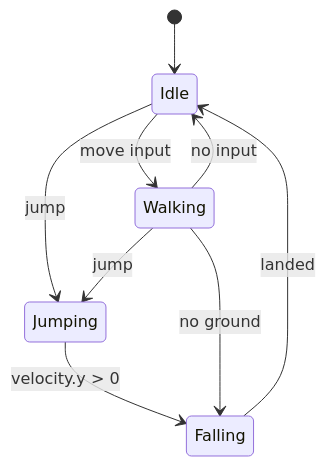
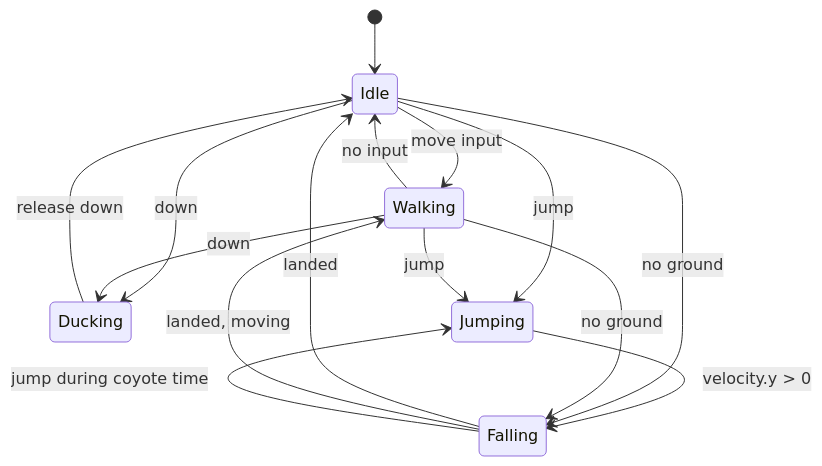
Before and after one commit to Metamate/gar: the second of 2 diagrams in src/content/docs/sessions/05-super-mario-bros.md, drawn with Mermaid. The commit also changed other lines of this file and 2 other files, not shown here.

````diff
--- a/src/content/docs/sessions/05-super-mario-bros.md
+++ b/src/content/docs/sessions/05-super-mario-bros.md
@@ -113,11 +209,17 @@
 ```mermaid
 stateDiagram-v2
     [*] --> Idle
     Idle --> Walking : move input
     Walking --> Idle : no input
+    Idle --> Ducking : down
+    Walking --> Ducking : down
+    Ducking --> Idle : release down
     Idle --> Jumping : jump
     Walking --> Jumping : jump
     Jumping --> Falling : velocity.y > 0
+    Idle --> Falling : no ground
     Walking --> Falling : no ground
     Falling --> Idle : landed
+    Falling --> Walking : landed, moving
+    Falling --> Jumping : jump during coyote time
 ```
````
